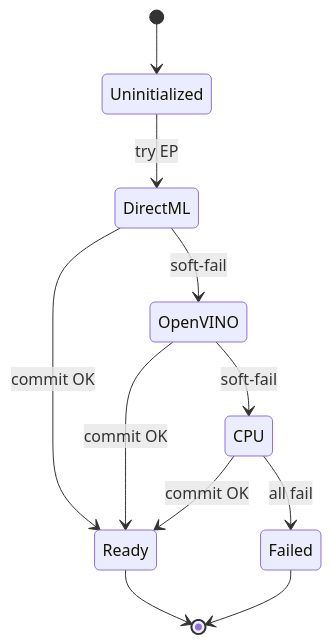
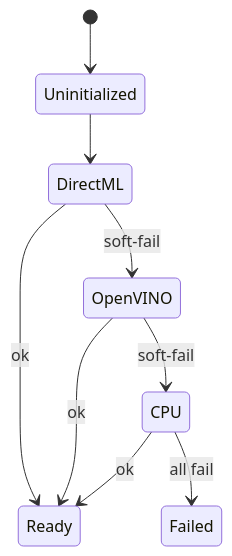
One commit to NAMUORI00/display-share changed the sixth of 8 diagrams in pages/arch.md. Above: the diagram before and after it, drawn with Mermaid. The commit also changed other lines of this file and 25 other files, not shown here.

First line of the commit message:
docs(wiki): complete pages for current privacy/DXGI architecture

````diff
--- a/pages/arch.md
+++ b/pages/arch.md
@@ -157,13 +144,11 @@
 ```mermaid
 stateDiagram-v2
   [*] --> Uninitialized
-  Uninitialized --> DirectML: try EP
-  DirectML --> Ready: commit OK
+  Uninitialized --> DirectML
+  DirectML --> Ready: ok
   DirectML --> OpenVINO: soft-fail
-  OpenVINO --> Ready: commit OK
+  OpenVINO --> Ready: ok
   OpenVINO --> CPU: soft-fail
-  CPU --> Ready: commit OK
+  CPU --> Ready: ok
   CPU --> Failed: all fail
-  Ready --> [*]
-  Failed --> [*]
 ```
````
